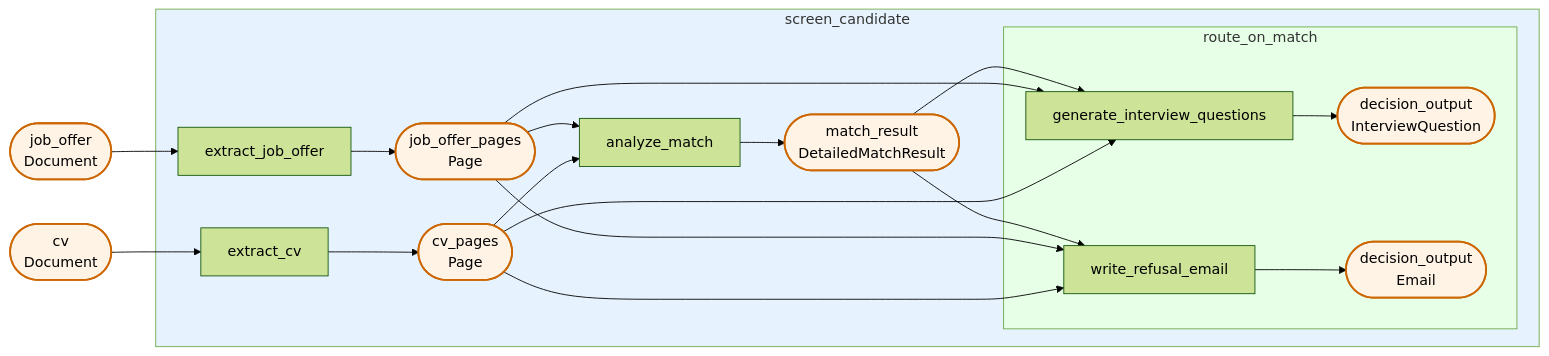
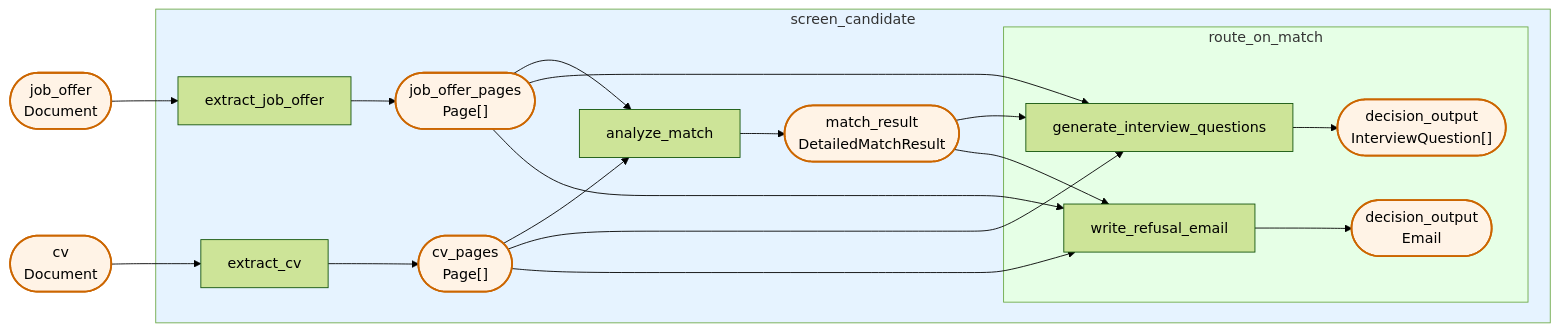
Before and after one commit to Pipelex/mthds-ui: the diagram in data/pipelines/pipeline_30/dry_run_mermaidflow.mmd, drawn with Mermaid (forest theme). The commit also changed 189 other files, not shown here.

```diff
--- a/data/pipelines/pipeline_30/dry_run_mermaidflow.mmd
+++ b/data/pipelines/pipeline_30/dry_run_mermaidflow.mmd
@@ -1,47 +1,47 @@
 flowchart LR
 
     %% Pipe and stuff nodes within controller subgraphs
-    subgraph sg_n_875297e8fa["screen_candidate"]
-        subgraph sg_n_c54dae76f8["route_on_match"]
-            n_0ea6b8688e["generate_interview_questions"]
-            s_78ba6d8c27(["decision_output<br/>InterviewQuestion"]):::stuff
-            n_1c36ef207e["write_refusal_email"]
-            s_d48fd1f1a7(["decision_output<br/>Email"]):::stuff
+    subgraph sg_n_0ea7c3fa5b["screen_candidate"]
+        subgraph sg_n_c2baa5b9f4["route_on_match"]
+            n_6af1ba452d["generate_interview_questions"]
+            s_fc6833eabd(["decision_output<br/>InterviewQuestion#91;#93;"]):::stuff
+            n_e20a0d7541["write_refusal_email"]
+            s_4dbac5d2b8(["decision_output<br/>Email"]):::stuff
         end
-        n_65806b4ef3["analyze_match"]
-        s_c8dbab3291(["match_result<br/>DetailedMatchResult"]):::stuff
-        n_21a6a736cb["extract_cv"]
-        s_30b8ade8f8(["cv_pages<br/>Page"]):::stuff
-        n_94e5ab3e1a["extract_job_offer"]
-        s_d3a9aea685(["job_offer_pages<br/>Page"]):::stuff
+        n_a7ec44536f["analyze_match"]
+        s_a674c771e9(["match_result<br/>DetailedMatchResult"]):::stuff
+        n_986da22ba8["extract_cv"]
+        s_e07fd8cd15(["cv_pages<br/>Page#91;#93;"]):::stuff
+        n_a757778300["extract_job_offer"]
+        s_3e3640a014(["job_offer_pages<br/>Page#91;#93;"]):::stuff
     end
 
     %% Pipeline input stuff nodes (no producer)
-    s_f6a802afeb(["cv<br/>Document"]):::stuff
-    s_ff61e8ed0f(["job_offer<br/>Document"]):::stuff
+    s_0ec50d9dff(["cv<br/>Document"]):::stuff
+    s_f335437010(["job_offer<br/>Document"]):::stuff
 
     %% Data flow edges: producer -> stuff -> consumer
-    n_65806b4ef3 --> s_c8dbab3291
-    n_1c36ef207e --> s_d48fd1f1a7
-    n_94e5ab3e1a --> s_d3a9aea685
-    n_21a6a736cb --> s_30b8ade8f8
-    n_0ea6b8688e --> s_78ba6d8c27
-    s_c8dbab3291 --> n_0ea6b8688e
-    s_c8dbab3291 --> n_1c36ef207e
-    s_ff61e8ed0f --> n_94e5ab3e1a
-    s_f6a802afeb --> n_21a6a736cb
-    s_d3a9aea685 --> n_65806b4ef3
-    s_d3a9aea685 --> n_0ea6b8688e
-    s_d3a9aea685 --> n_1c36ef207e
-    s_30b8ade8f8 --> n_65806b4ef3
-    s_30b8ade8f8 --> n_0ea6b8688e
-    s_30b8ade8f8 --> n_1c36ef207e
+    n_a757778300 --> s_3e3640a014
+    n_a7ec44536f --> s_a674c771e9
+    n_986da22ba8 --> s_e07fd8cd15
+    n_e20a0d7541 --> s_4dbac5d2b8
+    n_6af1ba452d --> s_fc6833eabd
+    s_3e3640a014 --> n_a7ec44536f
+    s_3e3640a014 --> n_6af1ba452d
+    s_3e3640a014 --> n_e20a0d7541
+    s_a674c771e9 --> n_6af1ba452d
+    s_a674c771e9 --> n_e20a0d7541
+    s_e07fd8cd15 --> n_a7ec44536f
+    s_e07fd8cd15 --> n_6af1ba452d
+    s_e07fd8cd15 --> n_e20a0d7541
+    s_0ec50d9dff --> n_986da22ba8
+    s_f335437010 --> n_a757778300
 
     %% Style definitions
     classDef failed fill:#ffcccc,stroke:#cc0000
     classDef stuff fill:#fff3e6,stroke:#cc6600,stroke-width:2px
     classDef controller fill:#e6f3ff,stroke:#0066cc
 
     %% Subgraph depth-based coloring
-    style sg_n_875297e8fa fill:#e6f3ff
-    style sg_n_c54dae76f8 fill:#e6ffe6
+    style sg_n_0ea7c3fa5b fill:#e6f3ff
+    style sg_n_c2baa5b9f4 fill:#e6ffe6
```
